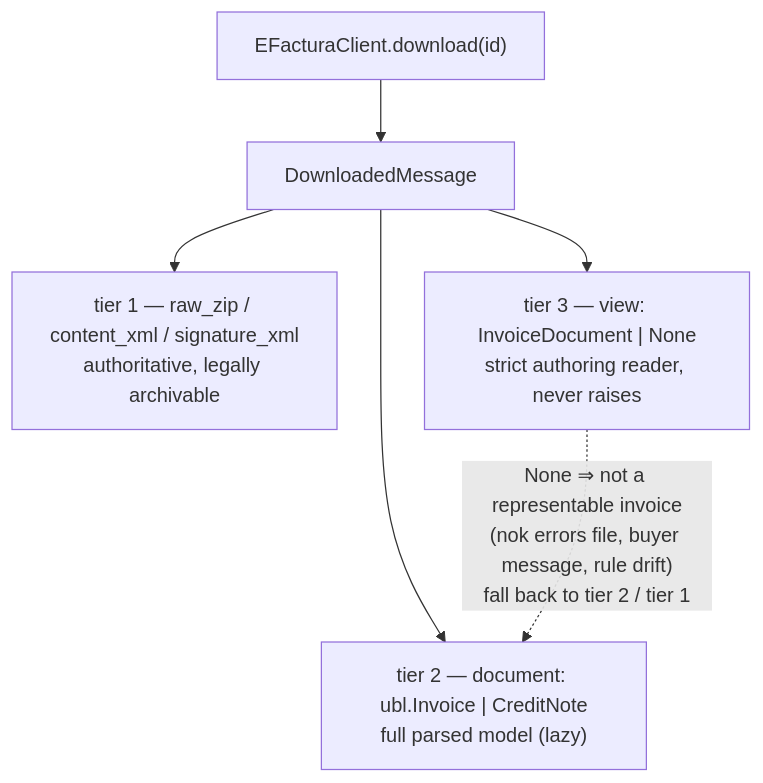
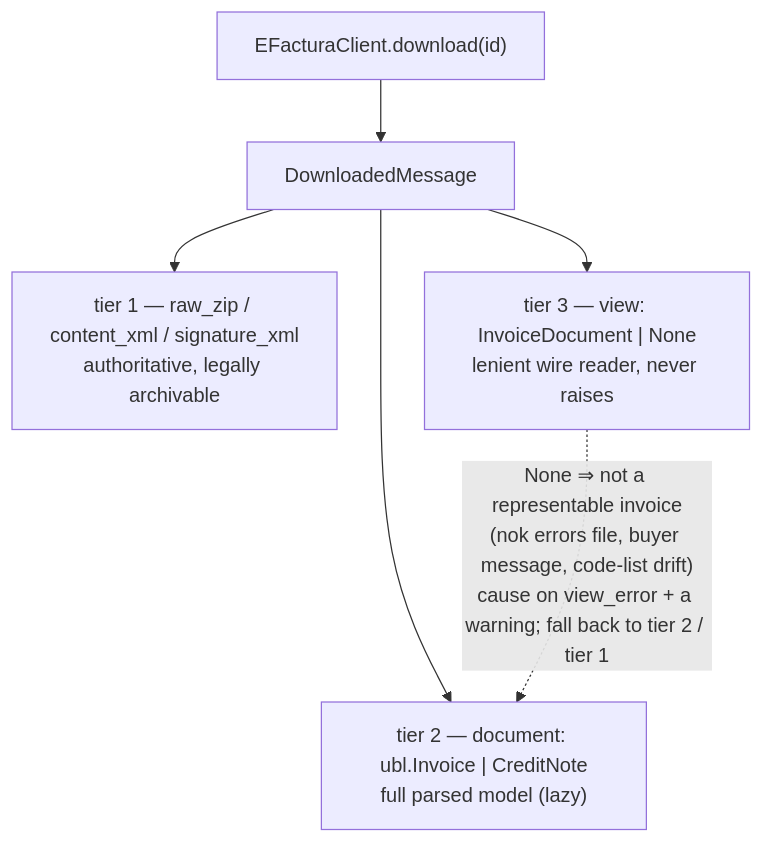
The third of 3 diagrams in src/anafpy/efactura/README.md (robert-malai/anafpy), drawn with Mermaid before and after one commit. The commit also changed other lines of this file and 15 other files, not shown here.

````diff
--- a/src/anafpy/efactura/README.md
+++ b/src/anafpy/efactura/README.md
@@ -55,8 +55,8 @@
 ```mermaid
 flowchart TD
     DL["EFacturaClient.download(id)"] --> DM["DownloadedMessage"]
     DM --> T1["tier 1 — raw_zip / content_xml / signature_xml<br/>authoritative, legally archivable"]
     DM --> T2["tier 2 — document: ubl.Invoice | CreditNote<br/>full parsed model (lazy)"]
-    DM --> T3["tier 3 — view: InvoiceDocument | None<br/>strict authoring reader, never raises"]
-    T3 -. "None ⇒ not a representable invoice<br/>(nok errors file, buyer message, rule drift)<br/>fall back to tier 2 / tier 1" .-> T2
+    DM --> T3["tier 3 — view: InvoiceDocument | None<br/>lenient wire reader, never raises"]
+    T3 -. "None ⇒ not a representable invoice<br/>(nok errors file, buyer message, code-list drift)<br/>cause on view_error + a warning; fall back to tier 2 / tier 1" .-> T2
 ```
````
